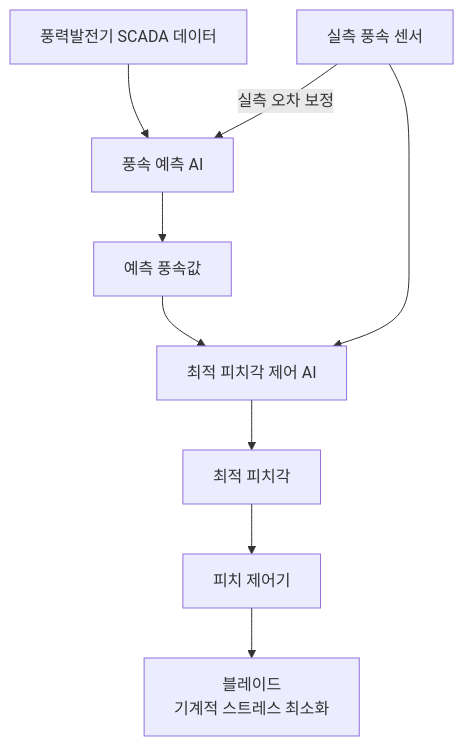
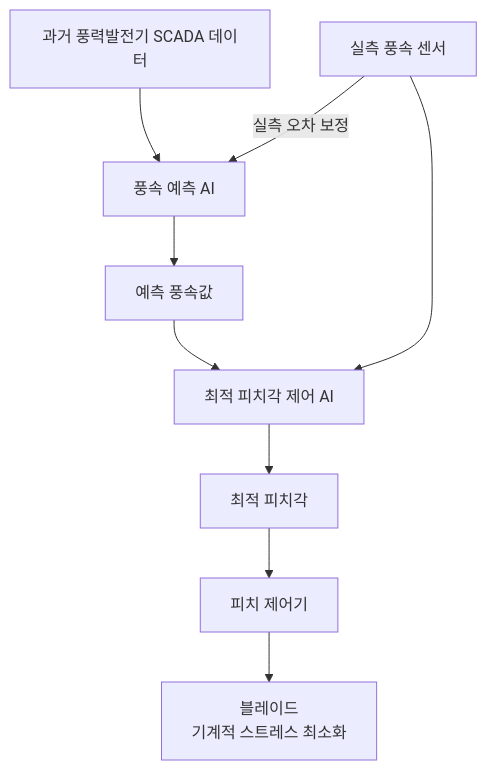
Before and after one commit to seyong628/Capstone-Design: the diagram in README.md, drawn with Mermaid.

````diff
--- a/README.md
+++ b/README.md
@@ -5,11 +5,11 @@
 ```mermaid
 flowchart TD
-    A[풍력발전기 SCADA 데이터] --> C
+    A[과거 풍력발전기 SCADA 데이터] --> C
     F[실측 풍속 센서] -->|실측 오차 보정| C
     F -->E
     C[풍속 예측 AI] --> D[예측 풍속값]
     D --> E[최적 피치각 제어 AI]
     E --> G[최적 피치각]
     G --> I[피치 제어기]
     I --> J[블레이드<br/>기계적 스트레스 최소화]
 ```
````
